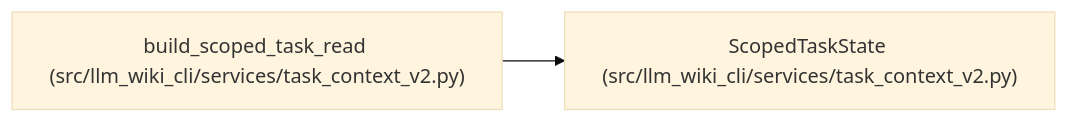
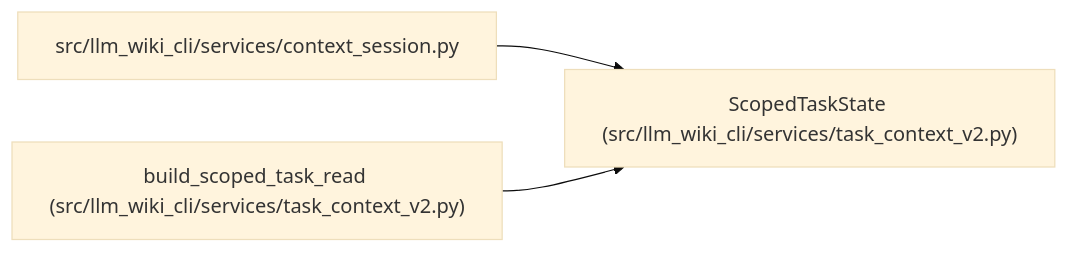
The diagram in docs/llm_wiki/entities/ScopedTaskState.md (Denissvgn/python-wiki-llm), drawn with Mermaid (base theme) before and after one commit. The commit also changed other lines of this file and 631 other files, not shown here.

Commit message:
docs(wiki): refresh scoped imports and module binding boundaries

````diff
--- a/docs/llm_wiki/entities/ScopedTaskState.md
+++ b/docs/llm_wiki/entities/ScopedTaskState.md
@@ -40,8 +40,11 @@
 ```mermaid
 flowchart LR
     n0["ScopedTaskState (src/llm_wiki_cli/services/task_context_v2.py)"]
-    n1["build_scoped_task_read (src/llm_wiki_cli/services/task_context_v2.py)"]
+    n1["src/llm_wiki_cli/services/context_session.py"]
+    n2["build_scoped_task_read (src/llm_wiki_cli/services/task_context_v2.py)"]
     n1 --> n0
+    n2 --> n0
     click n0 "../modules/task_context_v2.md"
-    click n1 "../modules/task_context_v2.md"
+    click n1 "../modules/context_session.md"
+    click n2 "../modules/task_context_v2.md"
 ```
````
